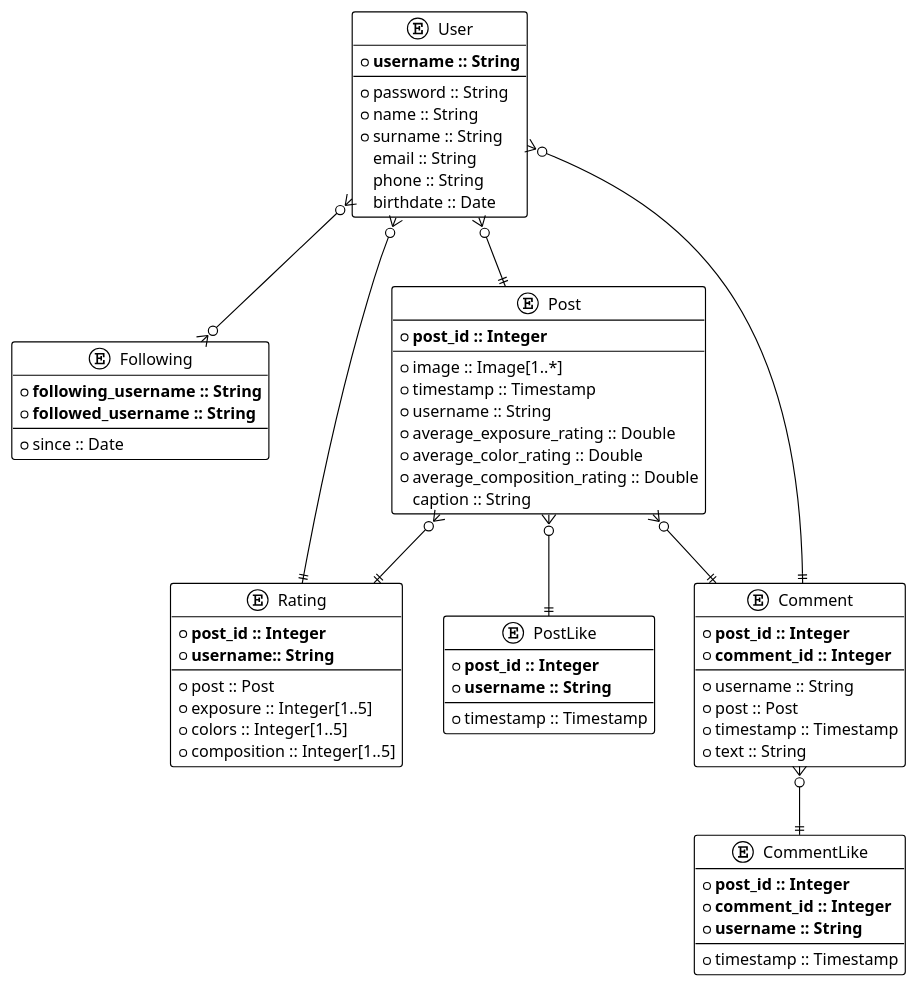
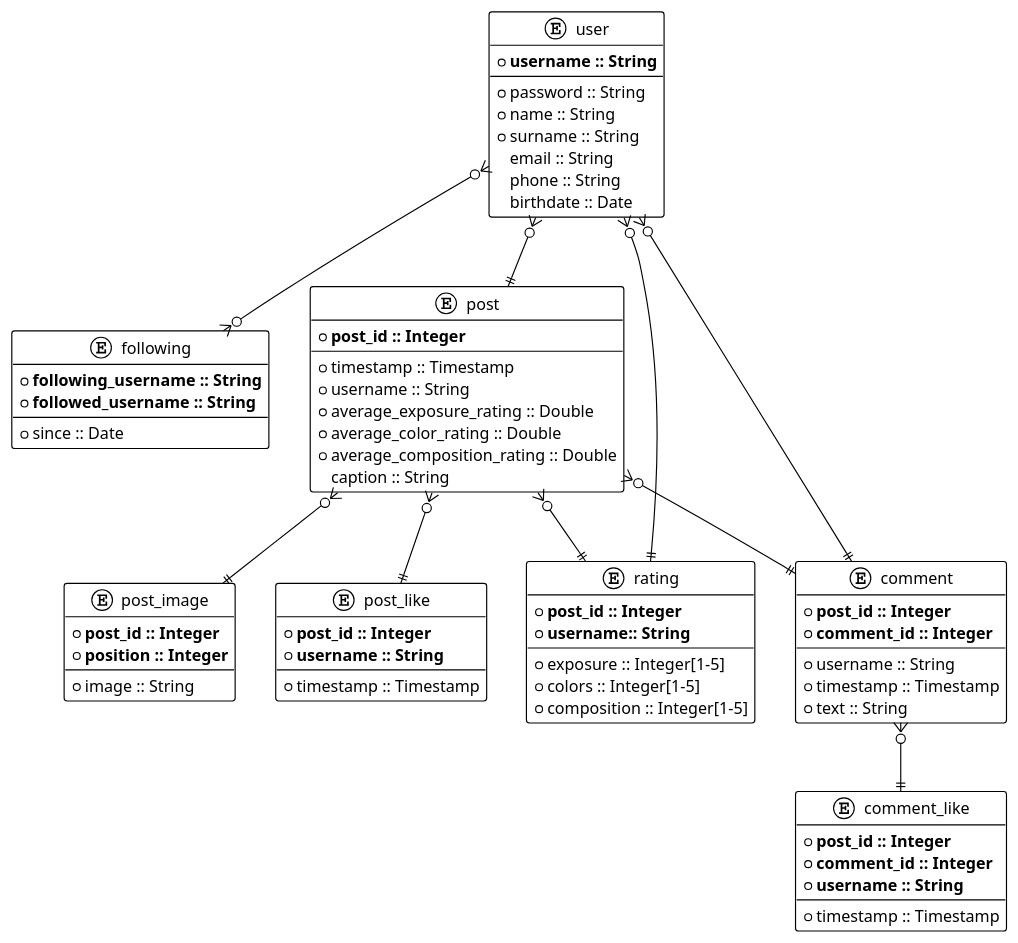
One commit to ValentinaPieri/lipho changed the diagram in db_project/er.plantuml. Above: the diagram before and after it, drawn with PlantUML.

Commit message:
Adapted er diagram to mysql

```diff
--- a/db_project/er.plantuml
+++ b/db_project/er.plantuml
@@ -1,78 +1,83 @@
 @startuml Lipho DB ER Diagram
 !theme plain
 
-entity User {
+entity user {
     * **username :: String**
     --
     * password :: String
     * name :: String
     * surname :: String
     email :: String
     phone :: String
     birthdate :: Date
 }
 
-entity Following {
+entity following {
     * **following_username :: String**
     * **followed_username :: String**
     --
     * since :: Date
 }
 
-entity Post {
+entity post {
     * **post_id :: Integer**
     --
-    * image :: Image[1..*]
     * timestamp :: Timestamp
     * username :: String
     * average_exposure_rating :: Double
     * average_color_rating :: Double
     * average_composition_rating :: Double
     caption :: String
 }
 
-entity PostLike {
+entity post_image {
+    * **post_id :: Integer**
+    * **position :: Integer**
+    --
+    * image :: String
+}
+
+entity post_like {
     * **post_id :: Integer**
     * **username :: String**
     --
     * timestamp :: Timestamp
 }
 
-entity Rating {
+entity rating {
     * **post_id :: Integer**
     * **username:: String**
     --
-    * post :: Post
-    * exposure :: Integer[1..5]
-    * colors :: Integer[1..5]
-    * composition :: Integer[1..5]
+    * exposure :: Integer[1-5]
+    * colors :: Integer[1-5]
+    * composition :: Integer[1-5]
 }
 
-entity Comment {
+entity comment {
     * **post_id :: Integer**
     * **comment_id :: Integer**
     --
     * username :: String
-    * post :: Post
     * timestamp :: Timestamp
     * text :: String
 }
 
-entity CommentLike {
+entity comment_like {
     * **post_id :: Integer**
     * **comment_id :: Integer**
     * **username :: String**
     --
     * timestamp :: Timestamp
 }
 
-User }o--o{ Following
-User }o--|| Post
-Post }o--|| Rating
-Post }o--|| Comment
-Post }o--|| PostLike
-Rating ||--o{ User
-Comment ||--o{ User
-Comment }o--|| CommentLike
+user }o--o{ following
+user }o--|| post
+post }o--|| post_image
+post }o--|| rating
+post }o--|| comment
+post }o--|| post_like
+rating ||--o{ user
+comment ||--o{ user
+comment }o--|| comment_like
 
 @enduml
```
